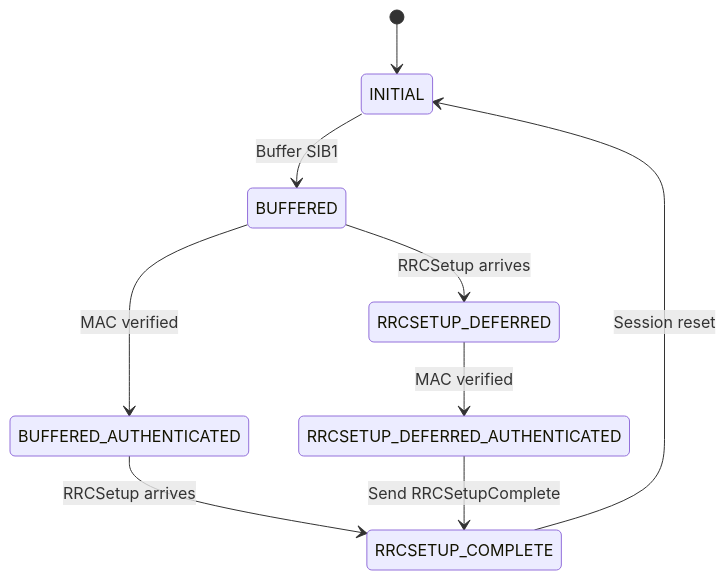
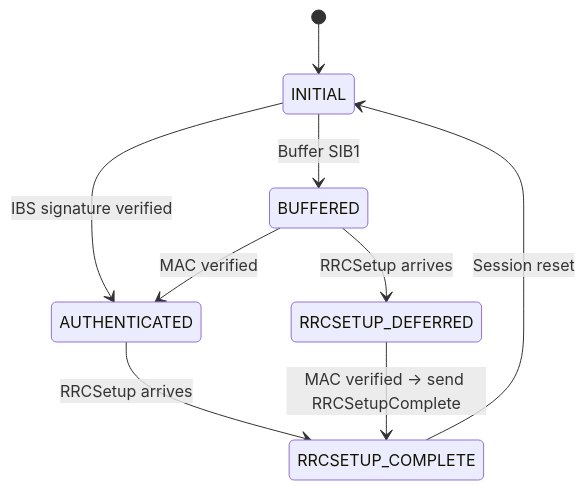
Before and after one commit to ssubinsong/oai-tf5: the first of 3 diagrams in doc-tf5/ue-implementation.md, drawn with Mermaid. The commit also changed other lines of this file and 7 other files, not shown here.

````diff
--- a/doc-tf5/ue-implementation.md
+++ b/doc-tf5/ue-implementation.md
@@ -212,15 +211,15 @@
 ```mermaid
 stateDiagram-v2
     [*] --> INITIAL
+    INITIAL --> AUTHENTICATED : IBS signature verified
     INITIAL --> BUFFERED : Buffer SIB1
 
-    BUFFERED --> BUFFERED_AUTHENTICATED : MAC verified
+    BUFFERED --> AUTHENTICATED : MAC verified
     BUFFERED --> RRCSETUP_DEFERRED : RRCSetup arrives
 
-    RRCSETUP_DEFERRED --> RRCSETUP_DEFERRED_AUTHENTICATED : MAC verified
+    RRCSETUP_DEFERRED --> RRCSETUP_COMPLETE : MAC verified → send RRCSetupComplete
 
-    BUFFERED_AUTHENTICATED --> RRCSETUP_COMPLETE : RRCSetup arrives
-    RRCSETUP_DEFERRED_AUTHENTICATED --> RRCSETUP_COMPLETE : Send RRCSetupComplete
+    AUTHENTICATED --> RRCSETUP_COMPLETE : RRCSetup arrives
 
     RRCSETUP_COMPLETE --> INITIAL : Session reset
 ```
````
